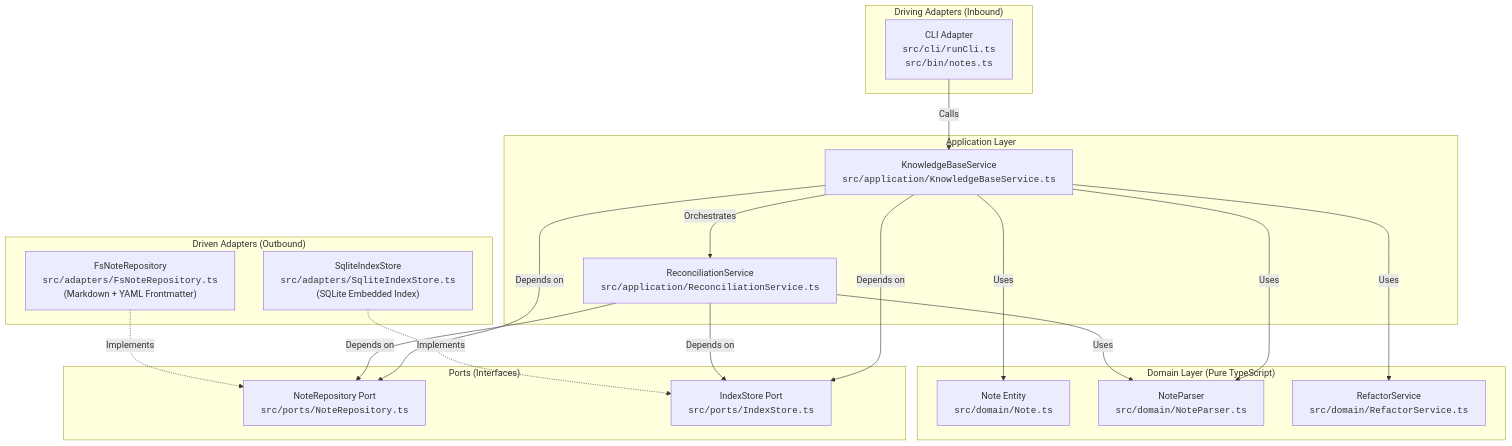
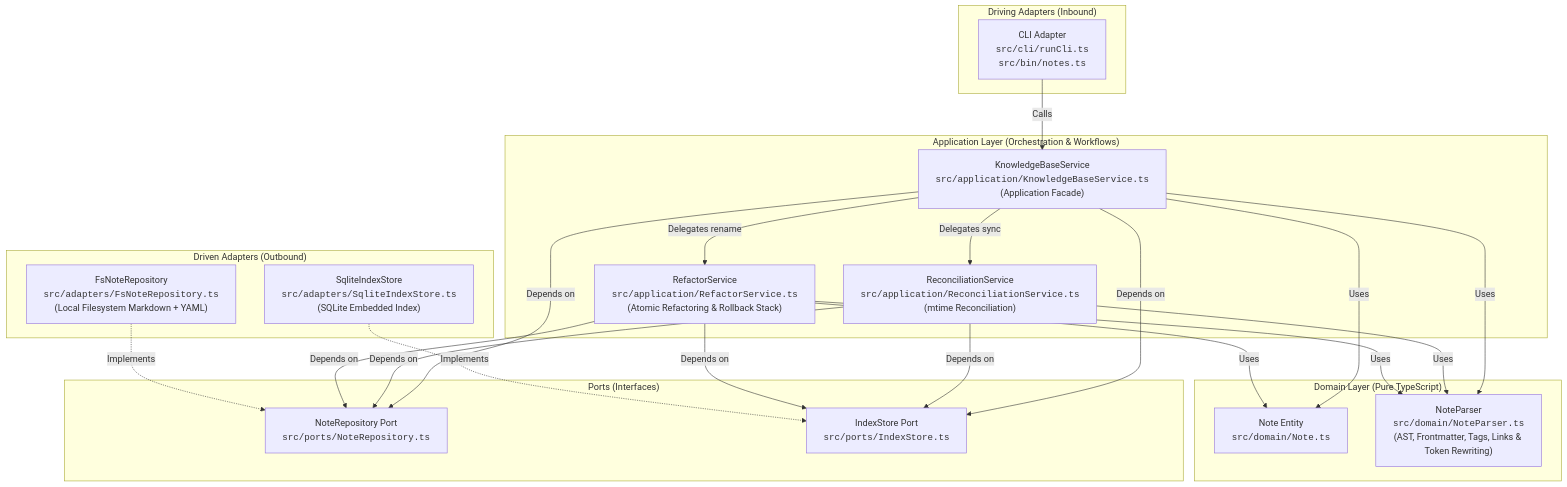
Before and after one commit to nathapongdonut/note-taking-app: the diagram in README.md, drawn with Mermaid. The commit also changed other lines of this file, not shown here.

Commit message:
docs: update README to reflect current architecture, services, and ADR-0006

````diff
--- a/README.md
+++ b/README.md
@@ -192,40 +201,47 @@
 ```mermaid
 flowchart TD
     subgraph Driving_Adapters ["Driving Adapters (Inbound)"]
         CLI["CLI Adapter<br/><code>src/cli/runCli.ts</code><br/><code>src/bin/notes.ts</code>"]
     end
 
-    subgraph Application_Core ["Application Layer"]
-        KBS["KnowledgeBaseService<br/><code>src/application/KnowledgeBaseService.ts</code>"]
-        REC["ReconciliationService<br/><code>src/application/ReconciliationService.ts</code>"]
+    subgraph Application_Layer ["Application Layer (Orchestration & Workflows)"]
+        KBS["KnowledgeBaseService<br/><code>src/application/KnowledgeBaseService.ts</code><br/>(Application Facade)"]
+        REC["ReconciliationService<br/><code>src/application/ReconciliationService.ts</code><br/>(mtime Reconciliation)"]
+        REFACTOR["RefactorService<br/><code>src/application/RefactorService.ts</code><br/>(Atomic Refactoring & Rollback Stack)"]
     end
 
-    subgraph Domain_Core ["Domain Layer (Pure TypeScript)"]
+    subgraph Domain_Layer ["Domain Layer (Pure TypeScript)"]
         NOTE["Note Entity<br/><code>src/domain/Note.ts</code>"]
-        PARSER["NoteParser<br/><code>src/domain/NoteParser.ts</code>"]
-        REFACTOR["RefactorService<br/><code>src/domain/RefactorService.ts</code>"]
+        PARSER["NoteParser<br/><code>src/domain/NoteParser.ts</code><br/>(AST, Frontmatter, Tags, Links & Token Rewriting)"]
     end
 
     subgraph Ports ["Ports (Interfaces)"]
         NRepoPort["NoteRepository Port<br/><code>src/ports/NoteRepository.ts</code>"]
         IStorePort["IndexStore Port<br/><code>src/ports/IndexStore.ts</code>"]
     end
 
     subgraph Driven_Adapters ["Driven Adapters (Outbound)"]
-        FSRepo["FsNoteRepository<br/><code>src/adapters/FsNoteRepository.ts</code><br/>(Markdown + YAML Frontmatter)"]
+        FSRepo["FsNoteRepository<br/><code>src/adapters/FsNoteRepository.ts</code><br/>(Local Filesystem Markdown + YAML)"]
         SqliteStore["SqliteIndexStore<br/><code>src/adapters/SqliteIndexStore.ts</code><br/>(SQLite Embedded Index)"]
     end
 
     CLI -->|Calls| KBS
-    KBS -->|Orchestrates| REC
+    KBS -->|Delegates sync| REC
+    KBS -->|Delegates rename| REFACTOR
     KBS -->|Uses| NOTE
     KBS -->|Uses| PARSER
-    KBS -->|Uses| REFACTOR
-    REC -->|Uses| PARSER
     KBS -->|Depends on| NRepoPort
     KBS -->|Depends on| IStorePort
+
+    REC -->|Uses| PARSER
     REC -->|Depends on| NRepoPort
     REC -->|Depends on| IStorePort
+
+    REFACTOR -->|Uses| NOTE
+    REFACTOR -->|Uses| PARSER
+    REFACTOR -->|Depends on| NRepoPort
+    REFACTOR -->|Depends on| IStorePort
+
     FSRepo -.->|Implements| NRepoPort
     SqliteStore -.->|Implements| IStorePort
 ```
````
